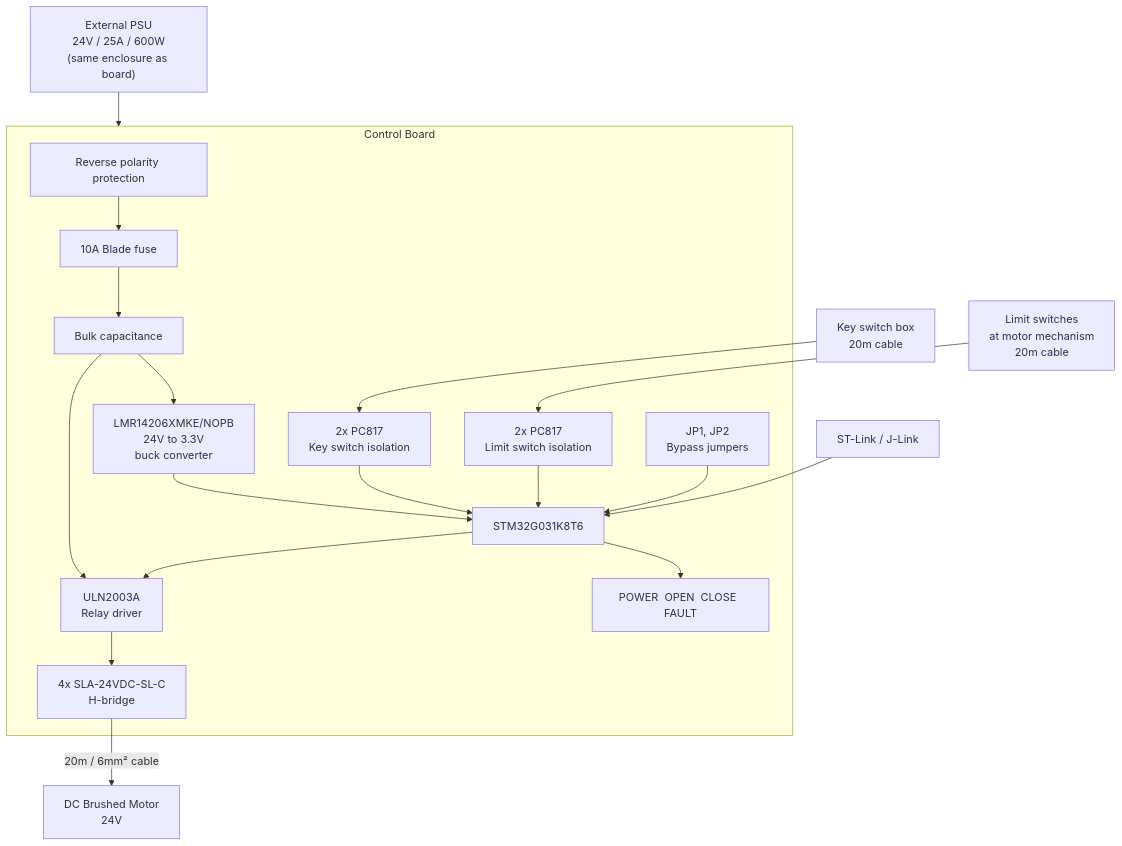
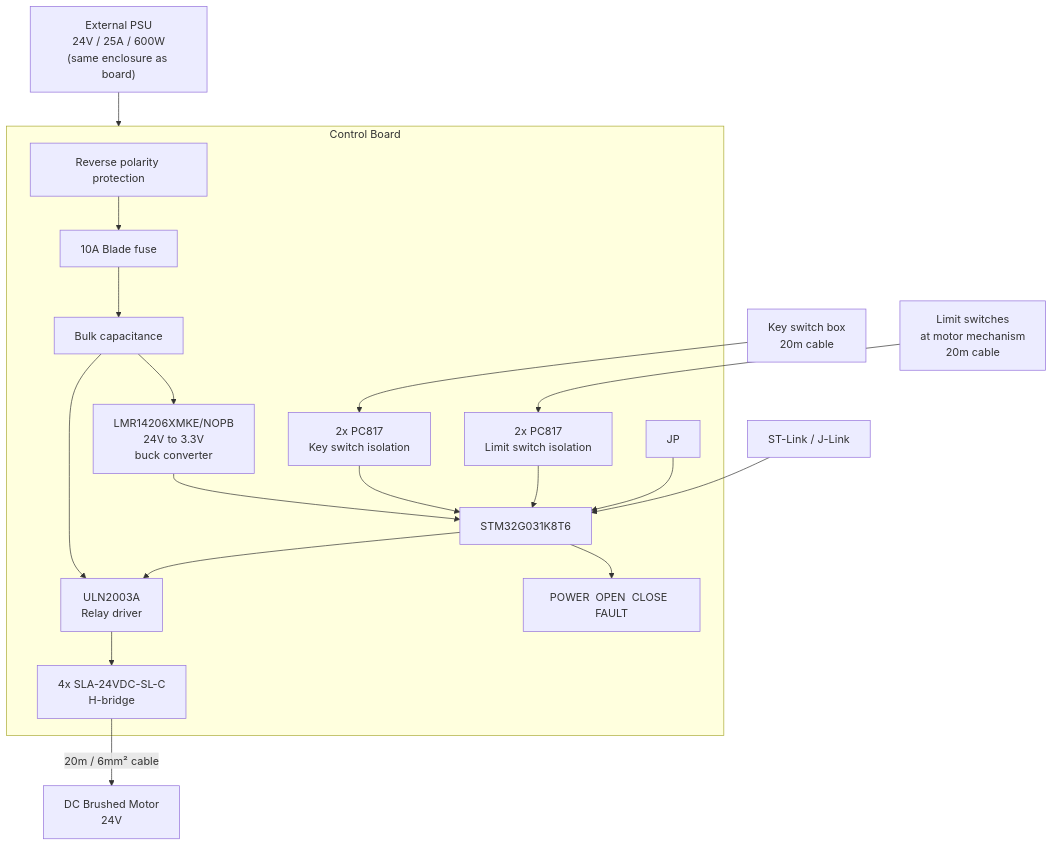
One commit to gonzafernan/pool-cover-control changed the first of 9 diagrams in DESIGN.md. Above: the diagram before and after it, drawn with Mermaid. The commit also changed other lines of this file and 2 other files, not shown here.

Commit message:
feat(hardware): implement SC3 key switch and SC4 limit switch schematic

````diff
--- a/DESIGN.md
+++ b/DESIGN.md
@@ -11,34 +11,33 @@
 ```mermaid
 flowchart TB
     PSU["External PSU\n24V / 25A / 600W\n(same enclosure as board)"]
 
     PSU --> BOARD
 
     subgraph BOARD["Control Board"]
         PFET["Reverse polarity protection"]
         FUSE["10A Blade fuse"]
         BULK["Bulk capacitance"]
         BUCK["LMR14206XMKE/NOPB\n24V to 3.3V\nbuck converter"]
         ULN["ULN2003A\nRelay driver"]
         MCU["STM32G031K8T6"]
         RL["4x SLA-24VDC-SL-C\nH-bridge"]
         OC_K["2x PC817\nKey switch isolation"]
         OC_L["2x PC817\nLimit switch isolation"]
-        JP["JP1, JP2\nBypass jumpers"]
         LEDS["POWER  OPEN  CLOSE  FAULT"]
 
         PFET --> FUSE --> BULK
         BULK --> BUCK --> MCU
         BULK --> ULN
         MCU --> ULN --> RL
         OC_K --> MCU
         OC_L --> MCU
         JP --> MCU
         MCU --> LEDS
     end
 
     RL -->|"20m / 6mm² cable"| MOTOR["DC Brushed Motor\n24V"]
     KEY["Key switch box\n20m cable"] --> OC_K
     LS["Limit switches\nat motor mechanism\n20m cable"] --> OC_L
     SWD["ST-Link / J-Link"] --> MCU
 ```
````
